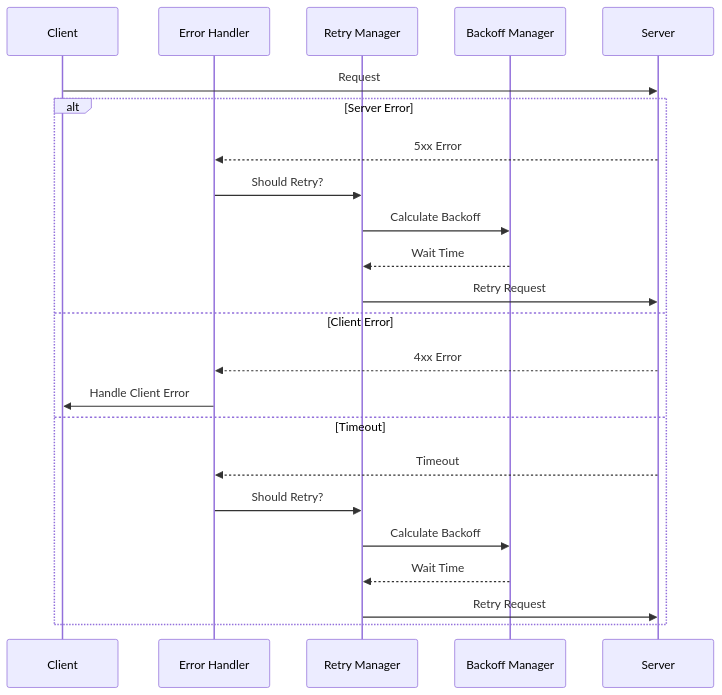
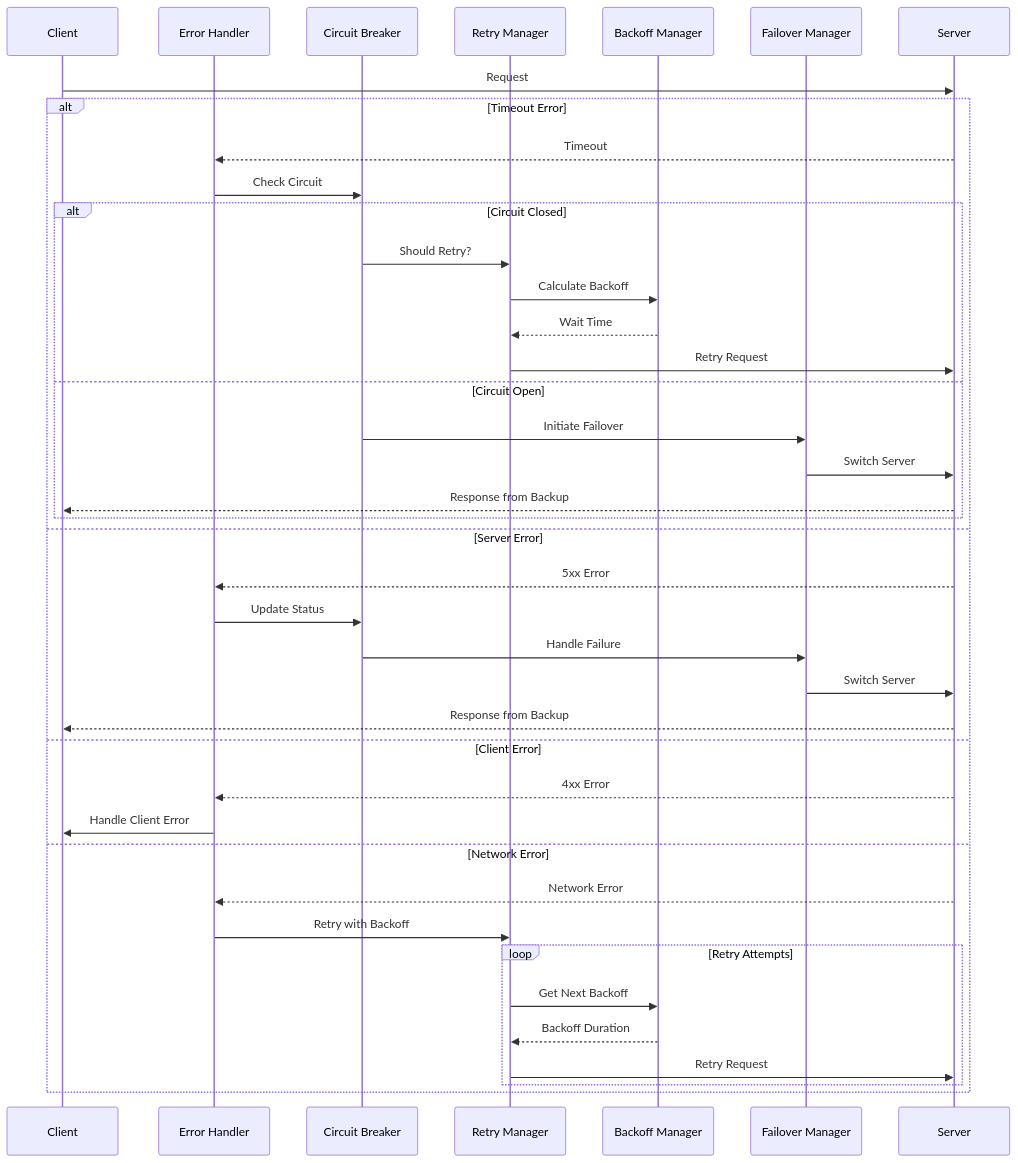
Before and after one commit to sparesparrow/cursor-rules: the fourth of 4 diagrams in .cursor/rules/diagrams/mcp-integration-patterns.mdc, drawn with Mermaid. The commit also changed other lines of this file and 5 other files, not shown here.

````diff
--- a/.cursor/rules/diagrams/mcp-integration-patterns.mdc
+++ b/.cursor/rules/diagrams/mcp-integration-patterns.mdc
@@ -112,27 +186,48 @@
 ```mermaid
 sequenceDiagram
     participant C as Client
     participant EH as Error Handler
+    participant CB as Circuit Breaker
     participant R as Retry Manager
     participant B as Backoff Manager
+    participant F as Failover Manager
     participant S as Server
 
     C->>S: Request
     
-    alt Server Error
+    alt Timeout Error
+        S-->>EH: Timeout
+        EH->>CB: Check Circuit
+        
+        alt Circuit Closed
+            CB->>R: Should Retry?
+            R->>B: Calculate Backoff
+            B-->>R: Wait Time
+            R->>S: Retry Request
+        else Circuit Open
+            CB->>F: Initiate Failover
+            F->>S: Switch Server
+            S-->>C: Response from Backup
+        end
+        
+    else Server Error
         S-->>EH: 5xx Error
-        EH->>R: Should Retry?
-        R->>B: Calculate Backoff
-        B-->>R: Wait Time
-        R->>S: Retry Request
+        EH->>CB: Update Status
+        CB->>F: Handle Failure
+        F->>S: Switch Server
+        S-->>C: Response from Backup
+        
     else Client Error
         S-->>EH: 4xx Error
         EH->>C: Handle Client Error
-    else Timeout
-        S-->>EH: Timeout
-        EH->>R: Should Retry?
-        R->>B: Calculate Backoff
-        B-->>R: Wait Time
-        R->>S: Retry Request
+        
+    else Network Error
+        S-->>EH: Network Error
+        EH->>R: Retry with Backoff
+        loop Retry Attempts
+            R->>B: Get Next Backoff
+            B-->>R: Backoff Duration
+            R->>S: Retry Request
+        end
     end
 ``` 
````
